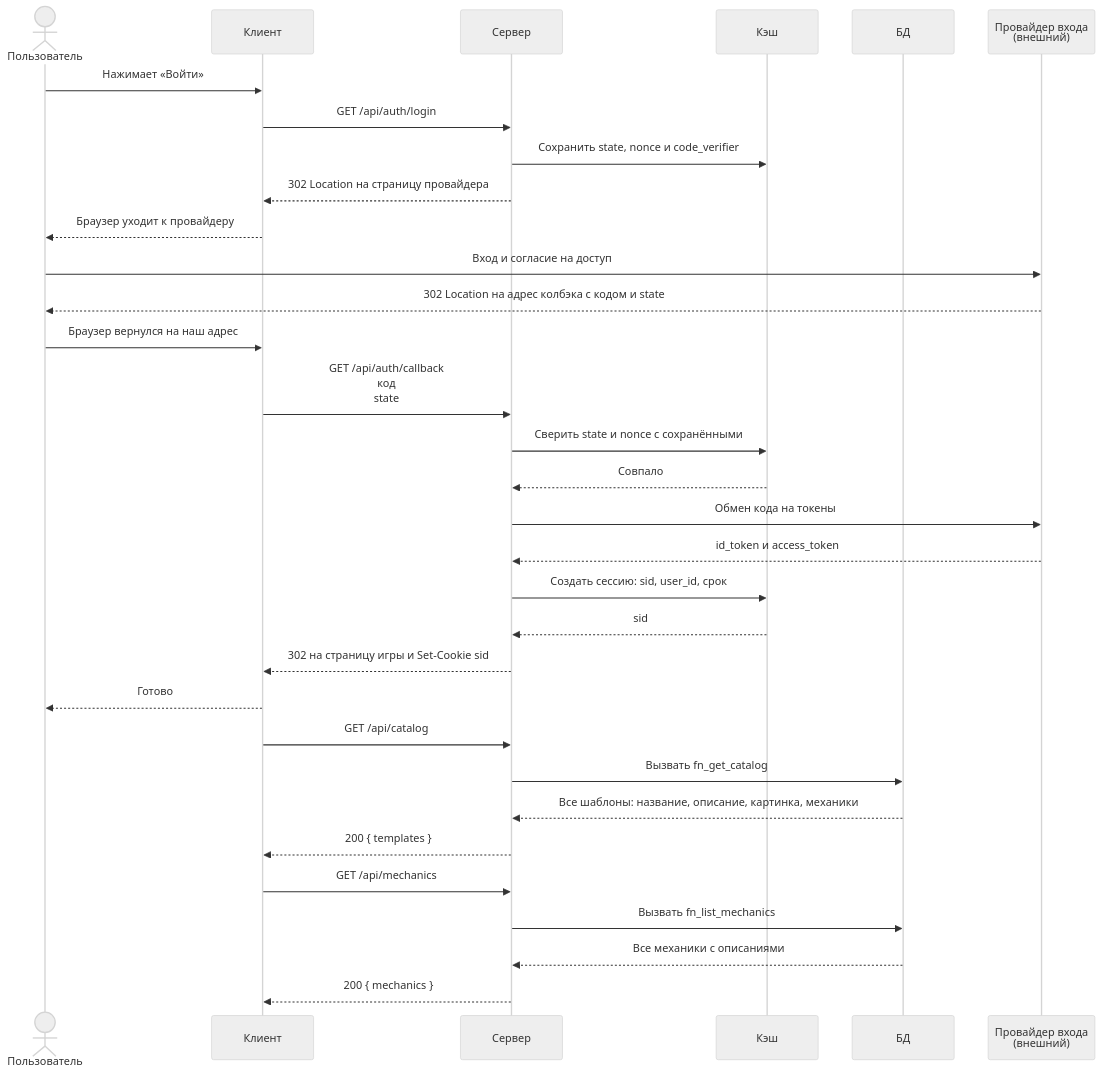
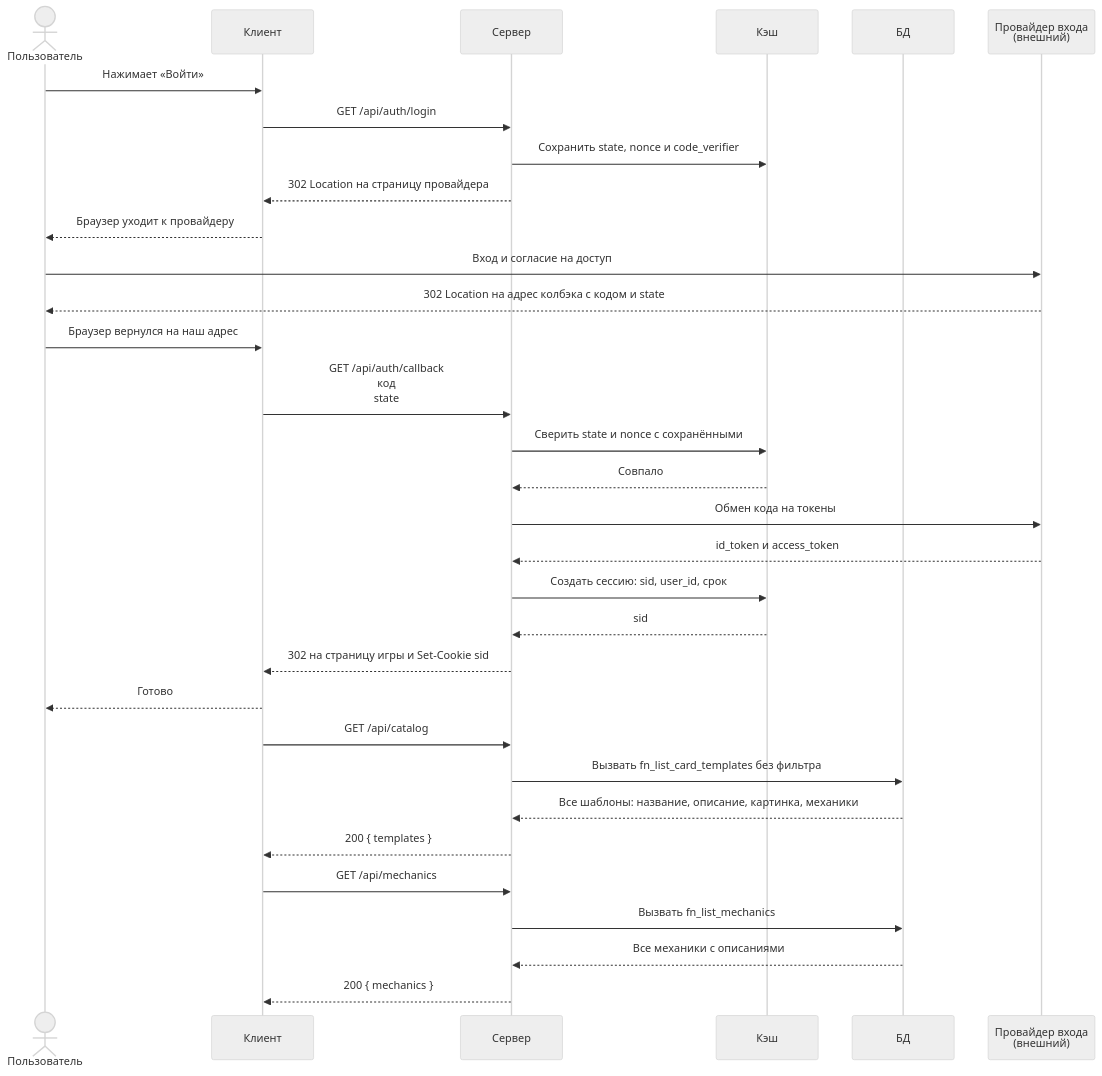
One commit to docup1/edin-game changed the diagram in diagrams/auth.mmd. Above: the diagram before and after it, drawn with Mermaid (neutral theme). The commit also changed 11 other files, not shown here.

```diff
--- a/diagrams/auth.mmd
+++ b/diagrams/auth.mmd
@@ -1,52 +1,52 @@
 %% Вход через OIDC. Все переходы делает браузер, а не клиентский код.
 %% В коде клиента ни одного редиректа нет - страницу провайдера открывает браузер.
 %% Cookie: HttpOnly, Secure, SameSite=Lax. Дальше клиент прикладывает её сам,
 %% в базу ходит только сервер. Повторный вход при живом sid ничего не делает.
 sequenceDiagram
     actor U as Пользователь
     participant C as Клиент
     participant S as Сервер
     participant K as Кэш
     participant D as БД
     participant P as Провайдер входа<br/>(внешний)
 
     U->>C: Нажимает «Войти»
     C->>S: GET /api/auth/login
     S->>K: Сохранить state, nonce и code_verifier
     S-->>C: 302 Location на страницу провайдера
     C-->>U: Браузер уходит к провайдеру
 
     U->>P: Вход и согласие на доступ
     P-->>U: 302 Location на адрес колбэка с кодом и state
     U->>C: Браузер вернулся на наш адрес
 
     C->>S: GET /api/auth/callback<br/>код<br/>state
     S->>K: Сверить state и nonce с сохранёнными
     K-->>S: Совпало
     S->>P: Обмен кода на токены
     P-->>S: id_token и access_token
     S->>K: Создать сессию: sid, user_id, срок
     K-->>S: sid
     S-->>C: 302 на страницу игры и Set-Cookie sid
     C-->>U: Готово
 
     C->>S: GET /api/catalog
-    S->>D: Вызвать fn_get_catalog
+    S->>D: Вызвать fn_list_card_templates без фильтра
     D-->>S: Все шаблоны: название, описание, картинка, механики
     S-->>C: 200 { templates }
 
     C->>S: GET /api/mechanics
     S->>D: Вызвать fn_list_mechanics
     D-->>S: Все механики с описаниями
     S-->>C: 200 { mechanics }
 
     %% В адресе авторизации: response_type=code, client_id, redirect_uri,
     %% state, nonce, code_challenge и code_challenge_method=S256.
     %% Обмен кода на токены: code плюс code_verifier, redirect_uri, client_id
     %% и client_secret. Сверка state закрывает подделку колбэка, код одноразовый.
     %% Сервер проверяет подпись токена по ключам провайдера, issuer, audience,
     %% срок и nonce. Токен наружу не отдаётся и в базе не хранится.
     %% Справочники статичные: клиент грузит их один раз и кэширует.
     %% Общий поток GET /api/events открывается позже, на партии: в auth его нет,
     %% потому что он несёт состояние игры, а не вход. Разобран в game.mmd.
     %% Каталог не меняется в ходе партии, поэтому клиент рисует карты сам.
```
